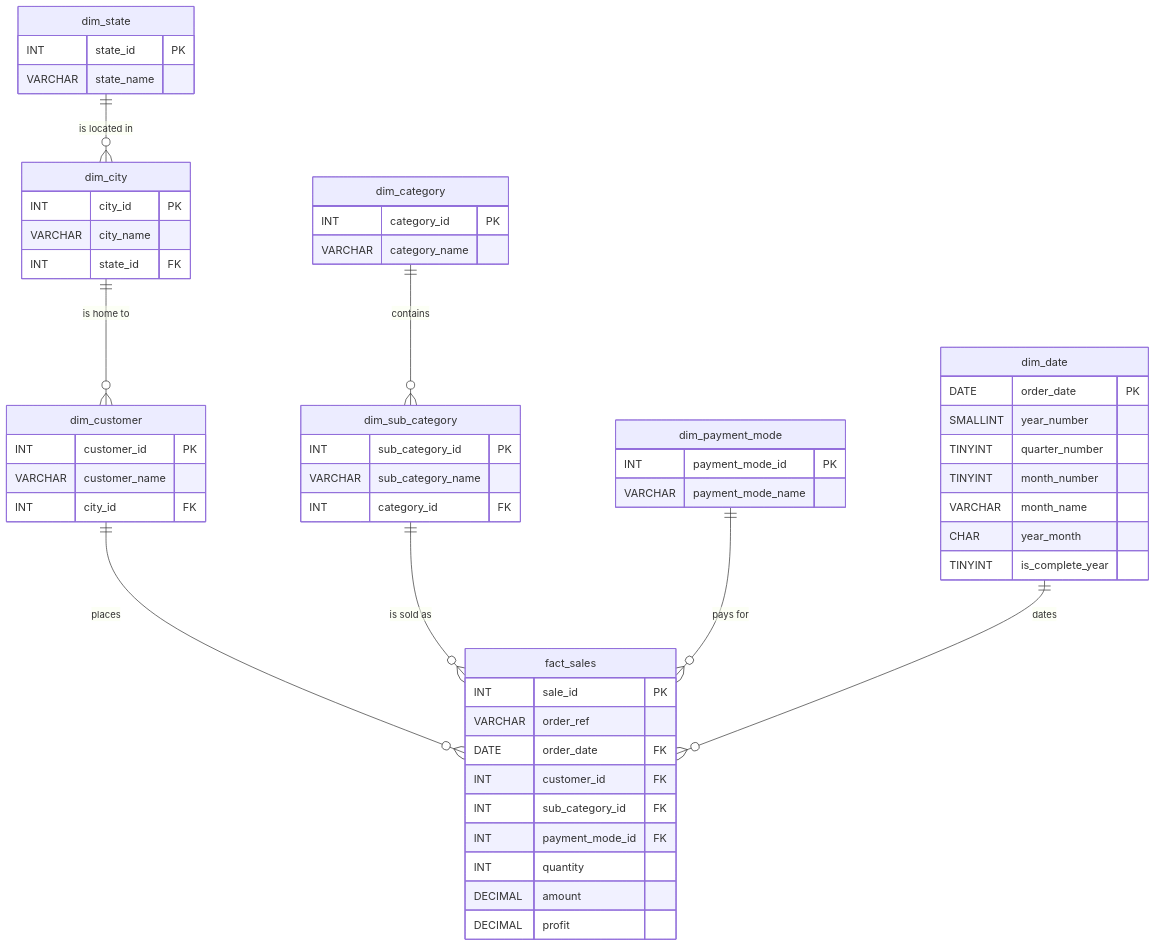
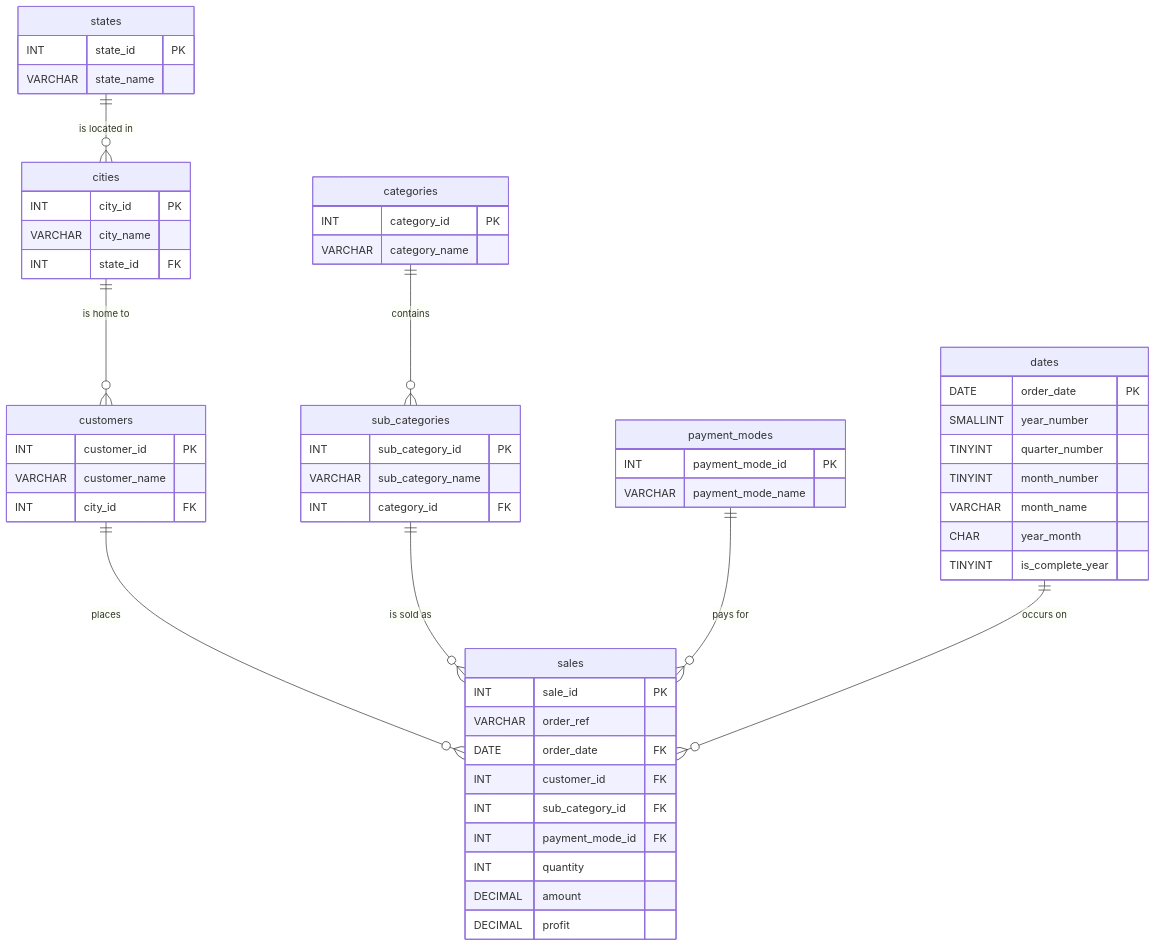
The diagram in docs/erd.md (ZeroXJune/BED108_BusinessAnalytics), drawn with Mermaid before and after one commit. The commit also changed other lines of this file and 30 other files, not shown here.

````diff
--- a/docs/erd.md
+++ b/docs/erd.md
@@ -7,58 +7,58 @@
 ```mermaid
 erDiagram
-    dim_state ||--o{ dim_city : "is located in"
-    dim_city ||--o{ dim_customer : "is home to"
-    dim_category ||--o{ dim_sub_category : "contains"
-    dim_customer ||--o{ fact_sales : "places"
-    dim_sub_category ||--o{ fact_sales : "is sold as"
-    dim_payment_mode ||--o{ fact_sales : "pays for"
-    dim_date ||--o{ fact_sales : "dates"
+    states ||--o{ cities : "is located in"
+    cities ||--o{ customers : "is home to"
+    categories ||--o{ sub_categories : "contains"
+    customers ||--o{ sales : "places"
+    sub_categories ||--o{ sales : "is sold as"
+    payment_modes ||--o{ sales : "pays for"
+    dates ||--o{ sales : "occurs on"
 
-    dim_state {
+    states {
         INT state_id PK
         VARCHAR state_name
     }
-    dim_city {
+    cities {
         INT city_id PK
         VARCHAR city_name
         INT state_id FK
     }
-    dim_customer {
+    customers {
         INT customer_id PK
         VARCHAR customer_name
         INT city_id FK
     }
-    dim_category {
+    categories {
         INT category_id PK
         VARCHAR category_name
     }
-    dim_sub_category {
+    sub_categories {
         INT sub_category_id PK
         VARCHAR sub_category_name
         INT category_id FK
     }
-    dim_payment_mode {
+    payment_modes {
         INT payment_mode_id PK
         VARCHAR payment_mode_name
     }
-    dim_date {
+    dates {
         DATE order_date PK
         SMALLINT year_number
         TINYINT quarter_number
         TINYINT month_number
         VARCHAR month_name
         CHAR year_month
         TINYINT is_complete_year
     }
-    fact_sales {
+    sales {
         INT sale_id PK
         VARCHAR order_ref
         DATE order_date FK
         INT customer_id FK
         INT sub_category_id FK
         INT payment_mode_id FK
         INT quantity
         DECIMAL amount
         DECIMAL profit
     }
 ```
````
